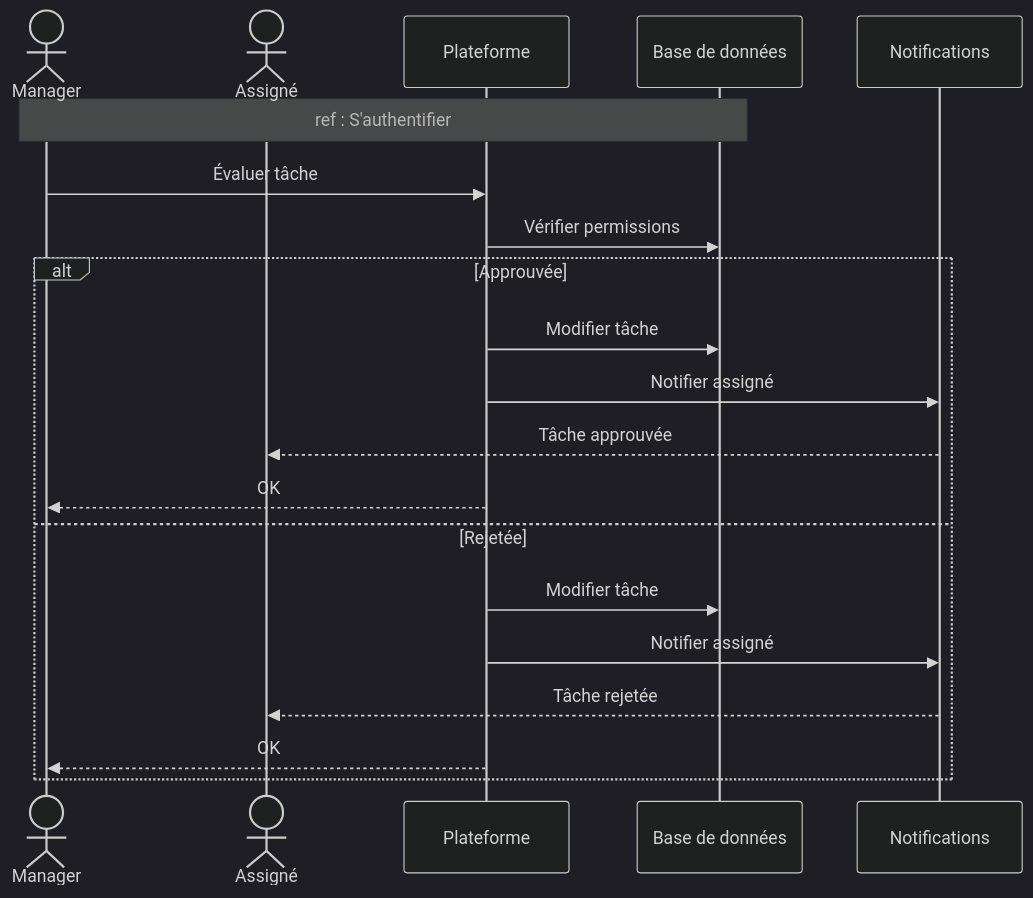
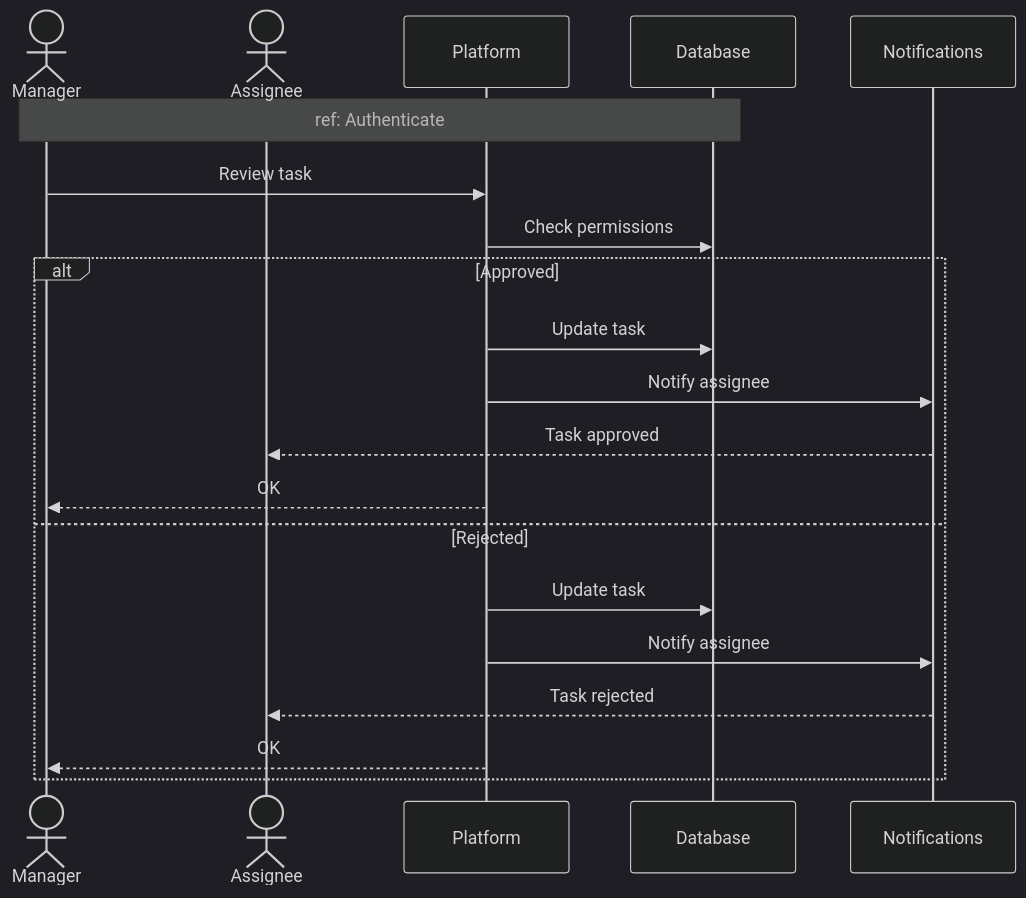
Diagram 13 of 16 in docs/SEQUENCE_DIAGRAMS.md (MohamedChebbi123/teamnest), drawn with Mermaid (dark theme) before and after one commit. The commit also changed other lines of this file, not shown here.

````diff
--- a/docs/SEQUENCE_DIAGRAMS.md
+++ b/docs/SEQUENCE_DIAGRAMS.md
@@ -387,24 +391,24 @@
 ```mermaid
 sequenceDiagram
     actor Manager
-    actor Assignee as Assigné
-    participant API as Plateforme
-    participant DB as Base de données
+    actor Assignee
+    participant API as Platform
+    participant DB as Database
     participant Notif as Notifications
 
-    Note over Manager,DB: ref : S'authentifier
+    Note over Manager,DB: ref: Authenticate
 
-    Manager->>API: Évaluer tâche
-    API->>DB: Vérifier permissions
-    alt Approuvée
-        API->>DB: Modifier tâche
-        API->>Notif: Notifier assigné
-        Notif-->>Assignee: Tâche approuvée
+    Manager->>API: Review task
+    API->>DB: Check permissions
+    alt Approved
+        API->>DB: Update task
+        API->>Notif: Notify assignee
+        Notif-->>Assignee: Task approved
         API-->>Manager: OK
-    else Rejetée
-        API->>DB: Modifier tâche
-        API->>Notif: Notifier assigné
-        Notif-->>Assignee: Tâche rejetée
+    else Rejected
+        API->>DB: Update task
+        API->>Notif: Notify assignee
+        Notif-->>Assignee: Task rejected
         API-->>Manager: OK
     end
 ```
````
